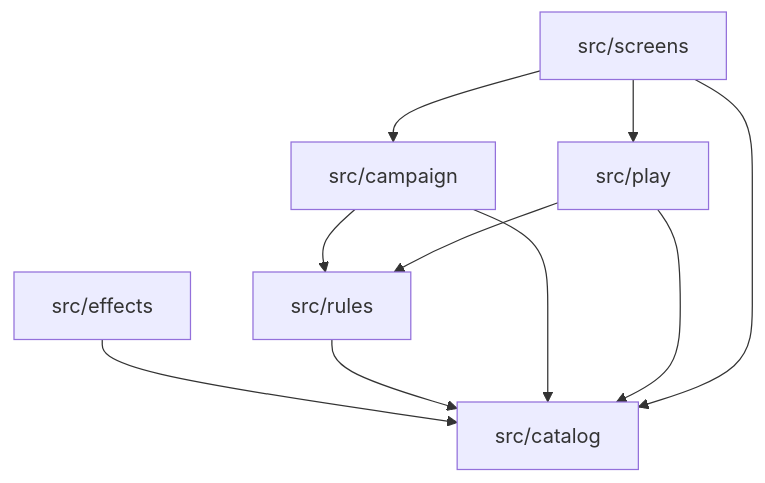
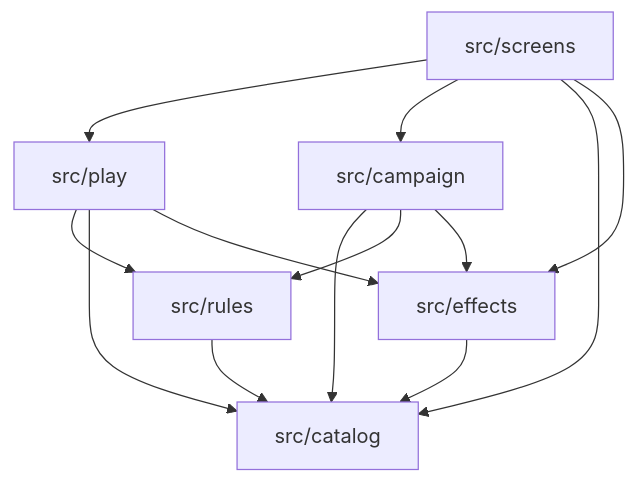
The second of 3 diagrams in docs/architecture.md (j-jmnz/middle-earth-player), drawn with Mermaid before and after one commit. The commit also changed other lines of this file and 19 other files, not shown here.

````diff
--- a/docs/architecture.md
+++ b/docs/architecture.md
@@ -69,18 +73,21 @@
 ```mermaid
 flowchart TD
   catalog[src/catalog]
   effects[src/effects]
   rules[src/rules]
   campaign[src/campaign]
   play[src/play]
   screens[src/screens]
   effects --> catalog
   rules --> catalog
   campaign --> catalog
   campaign --> rules
   play --> rules
   play --> catalog
+  play --> effects
+  campaign --> effects
   screens --> play
   screens --> campaign
   screens --> catalog
+  screens --> effects
 ```
````
